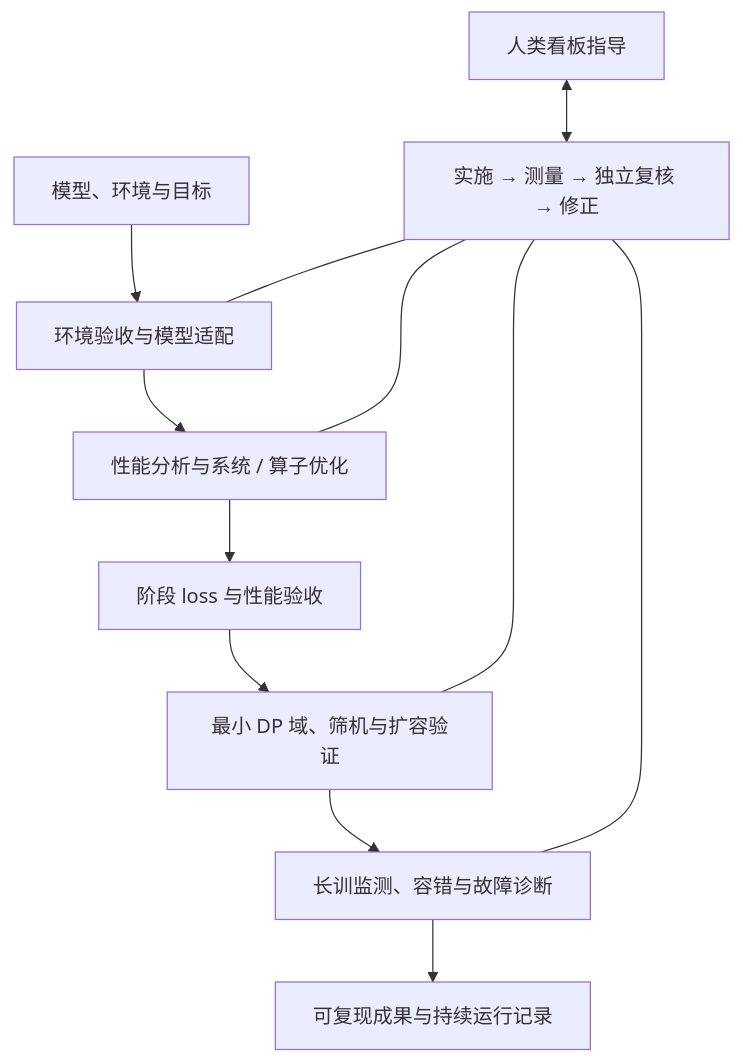
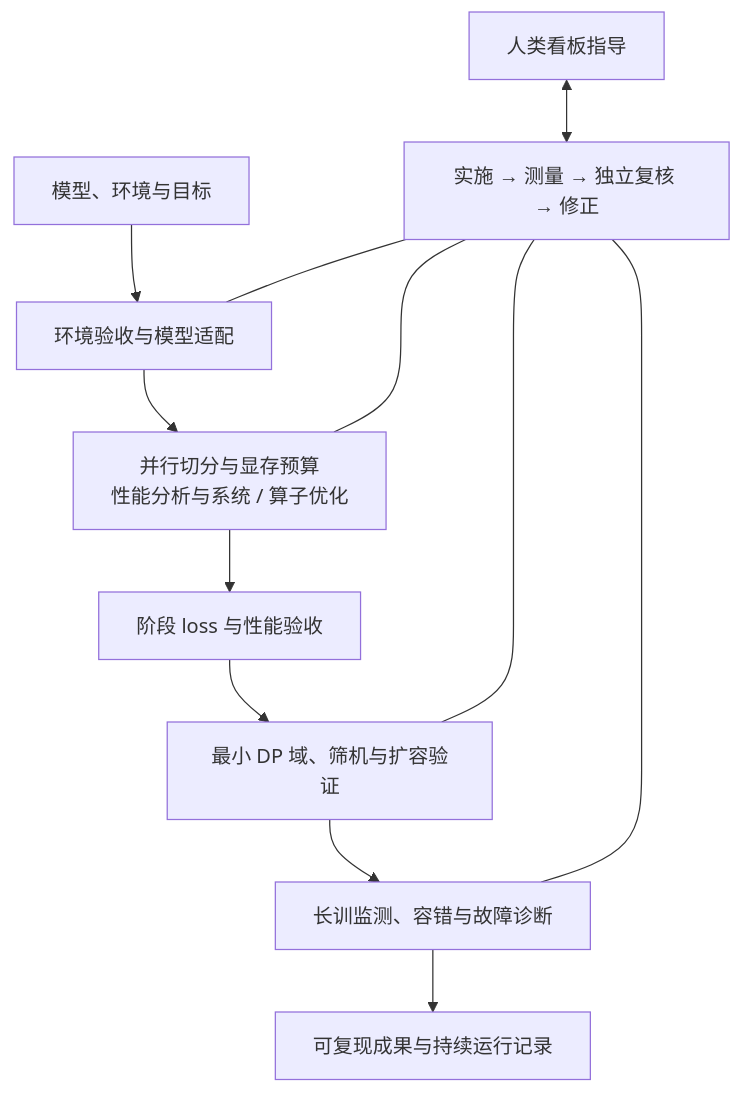
The diagram in README.md (yuguo-Jack/HCU-TrainFlow), drawn with Mermaid before and after one commit. The commit also changed other lines of this file and 5 other files, not shown here.

````diff
--- a/README.md
+++ b/README.md
@@ -19,14 +19,14 @@
 ```mermaid
 flowchart TD
     U[模型、环境与目标] --> A[环境验收与模型适配]
-    A --> O[性能分析与系统 / 算子优化]
+    A --> O[并行切分与显存预算<br/>性能分析与系统 / 算子优化]
     O --> Q[阶段 loss 与性能验收]
     Q --> S[最小 DP 域、筛机与扩容验证]
     S --> T[长训监测、容错与故障诊断]
     C[实施 → 测量 → 独立复核 → 修正] --- A
     C --- O
     C --- S
     C --- T
     H[人类看板指导] <--> C
     T --> D[可复现成果与持续运行记录]
 ```
````
